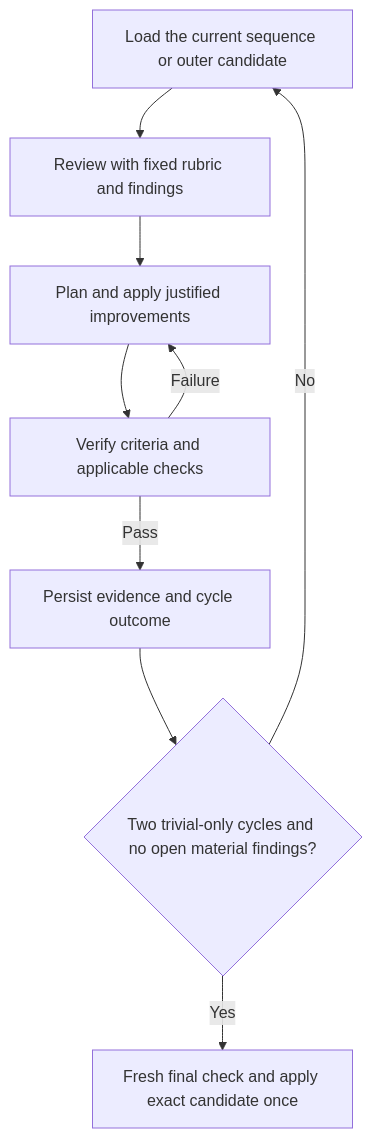
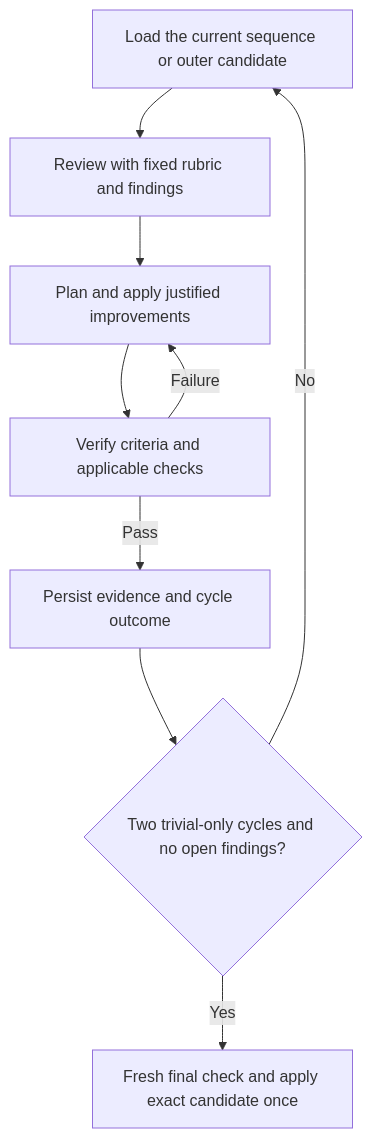
One commit to whichguy/skill-craft changed diagram 15 of 15 in skills/shiploop/README.md. Above: the diagram before and after it, drawn with Mermaid. The commit also changed other lines of this file and 7 other files, not shown here.

````diff
--- a/skills/shiploop/README.md
+++ b/skills/shiploop/README.md
@@ -1103,11 +1514,11 @@
 ```mermaid
 flowchart TD
     Q1["Load the current sequence or outer candidate"] --> Q2["Review with fixed rubric and findings"]
     Q2 --> Q3["Plan and apply justified improvements"]
     Q3 --> Q4["Verify criteria and applicable checks"]
     Q4 -->|Failure| Q3
     Q4 -->|Pass| Q5["Persist evidence and cycle outcome"]
-    Q5 --> Q6{"Two trivial-only cycles and no open material findings?"}
+    Q5 --> Q6{"Two trivial-only cycles and no open findings?"}
     Q6 -->|No| Q1
     Q6 -->|Yes| Q7["Fresh final check and apply exact candidate once"]
 ```
````
